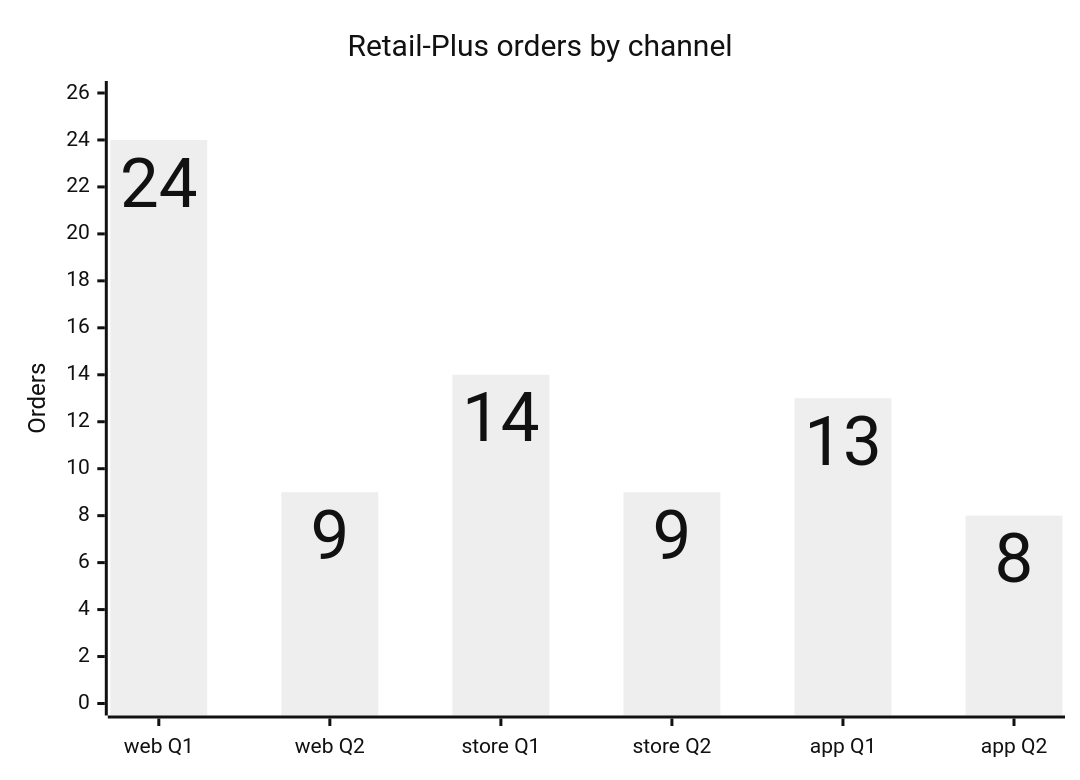
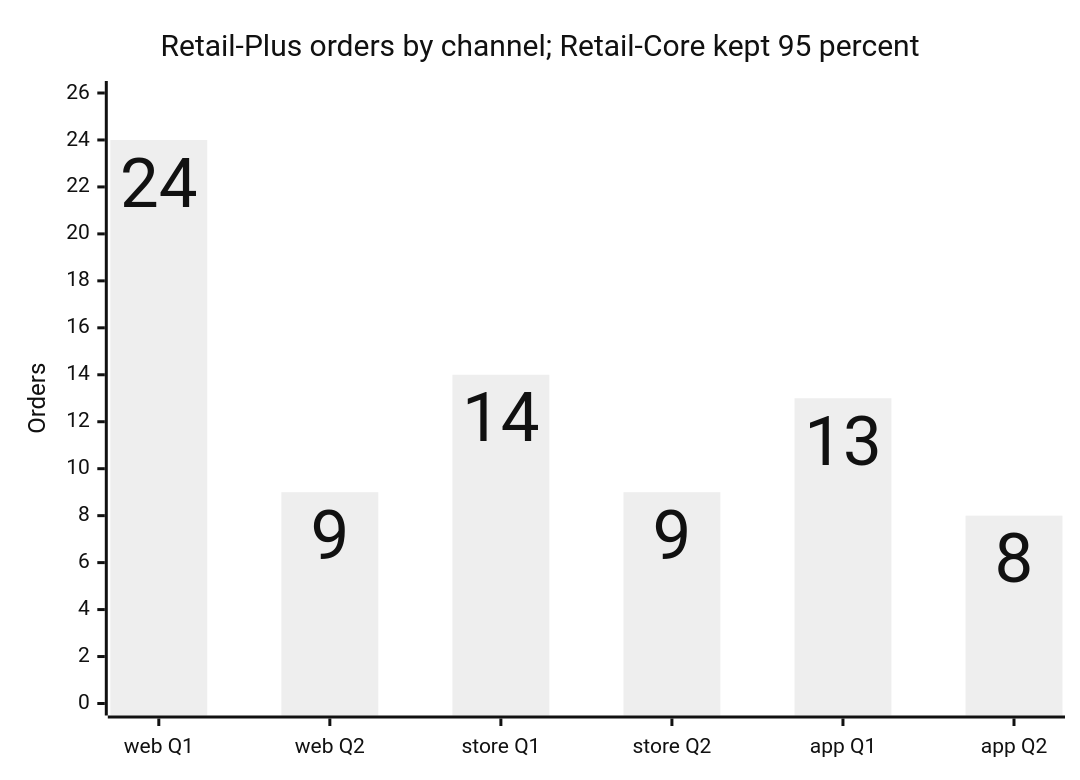
Before and after one commit to fde-academy-lab/c2-content-factory: the fifth of 13 diagrams in content/W01/D2/slides/C2_W01_D02_half2_STUDENT.md, drawn with Mermaid (neutral theme). The commit also changed other lines of this file and 4 other files, not shown here.

````diff
--- a/content/W01/D2/slides/C2_W01_D02_half2_STUDENT.md
+++ b/content/W01/D2/slides/C2_W01_D02_half2_STUDENT.md
@@ -287,8 +289,8 @@
 ```mermaid
 %%{init: {"xyChart": {"showDataLabel": true}}}%%
 xychart-beta
-    title "Retail-Plus orders by channel"
+    title "Retail-Plus orders by channel; Retail-Core kept 95 percent"
     x-axis ["web Q1", "web Q2", "store Q1", "store Q2", "app Q1", "app Q2"]
     y-axis "Orders" 0 --> 26
     bar [24, 9, 14, 9, 13, 8]
 ```
````
